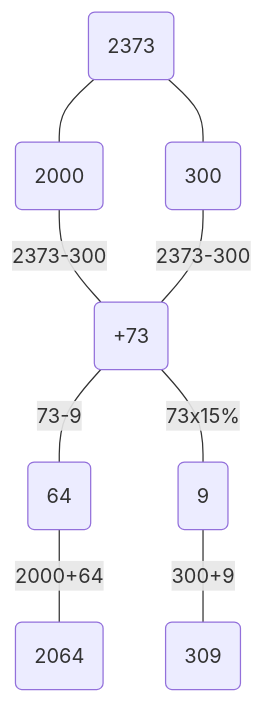
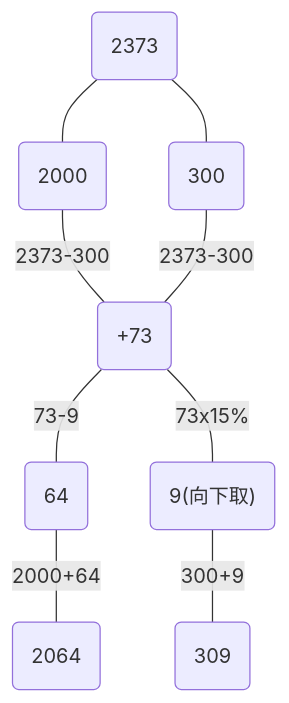
Before and after one commit to Stolorzs/Gongkao: the diagram in Markdown/资料分析.md, drawn with Mermaid. The commit also changed other lines of this file and 62 other files, not shown here.

````diff
--- a/Markdown/资料分析.md
+++ b/Markdown/资料分析.md
@@ -161,10 +167,10 @@
 ```mermaid
 graph TD;
 a(2373)---b(2000)
 a---c(300)
 b & c---|2373-300|d(+73)
 d---|73-9|e(64) 
-d---|73x15%|f(9)
+d---|73x15%|f("9(向下取)")
 e---|2000+64|g(2064)
 f---|300+9|h(309)
 ```
````
